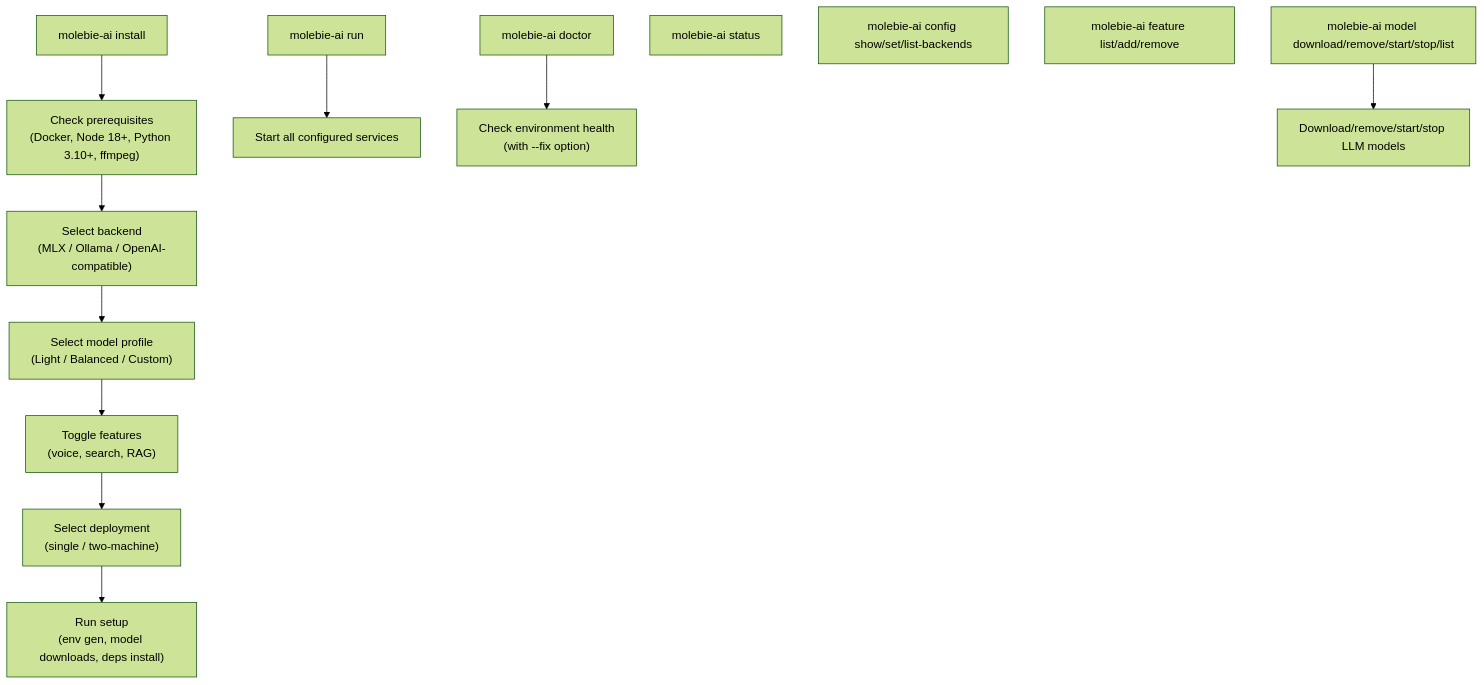
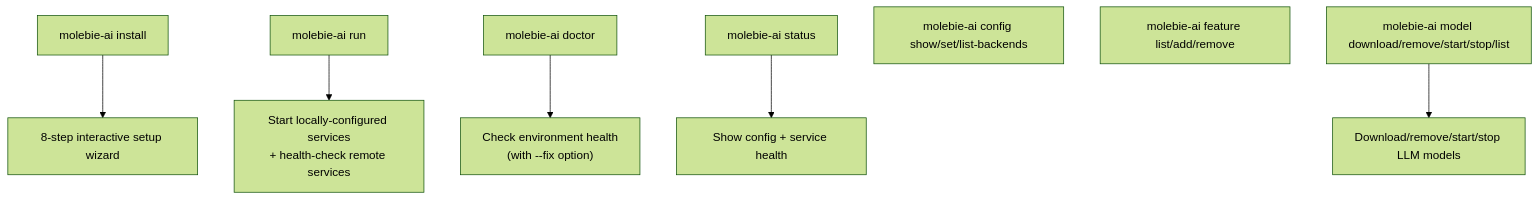
Diagram 13 of 14 in full_system_architecture_map_730d3d3f.plan.md (Jimmy6929/Molebie_AI), drawn with Mermaid (forest theme) before and after one commit. The commit also changed other lines of this file and 1 other file, not shown here.

````diff
--- a/full_system_architecture_map_730d3d3f.plan.md
+++ b/full_system_architecture_map_730d3d3f.plan.md
@@ -623,21 +676,16 @@
 ```mermaid
 flowchart TD
     Install["molebie-ai install"]
     Run["molebie-ai run"]
     Doctor["molebie-ai doctor"]
     Status["molebie-ai status"]
     Config["molebie-ai config show/set/list-backends"]
     Feature["molebie-ai feature list/add/remove"]
     Model["molebie-ai model download/remove/start/stop/list"]
 
-    Install --> Prereqs["Check prerequisites\n(Docker, Node 18+, Python 3.10+, ffmpeg)"]
-    Prereqs --> Backend["Select backend\n(MLX / Ollama / OpenAI-compatible)"]
-    Backend --> Models["Select model profile\n(Light / Balanced / Custom)"]
-    Models --> Features["Toggle features\n(voice, search, RAG)"]
-    Features --> Deploy["Select deployment\n(single / two-machine)"]
-    Deploy --> Setup["Run setup\n(env gen, model downloads, deps install)"]
-
-    Run --> Start["Start all configured services"]
+    Install --> Wizard["8-step interactive setup wizard"]
+    Run --> Start["Start locally-configured services\n+ health-check remote services"]
     Doctor --> Diagnose["Check environment health\n(with --fix option)"]
+    Status --> Show["Show config + service health"]
     Model --> ModelMgmt["Download/remove/start/stop LLM models"]
 ```
````
